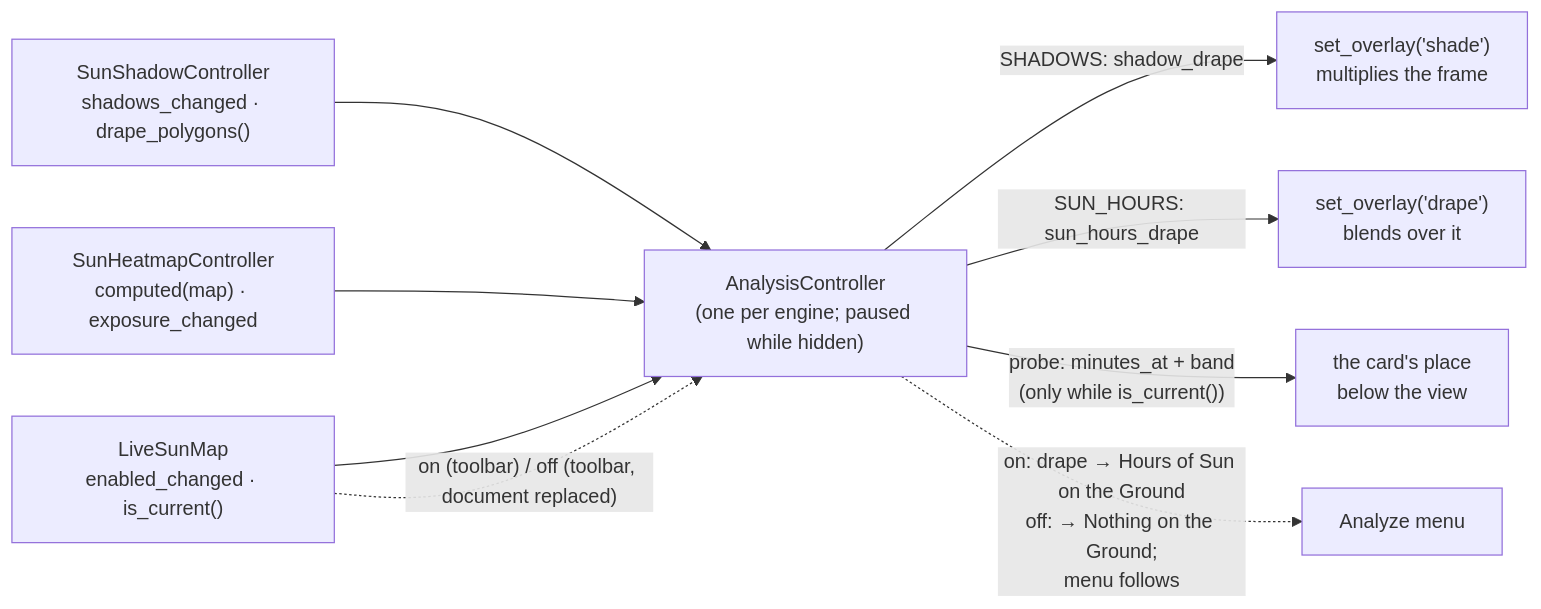
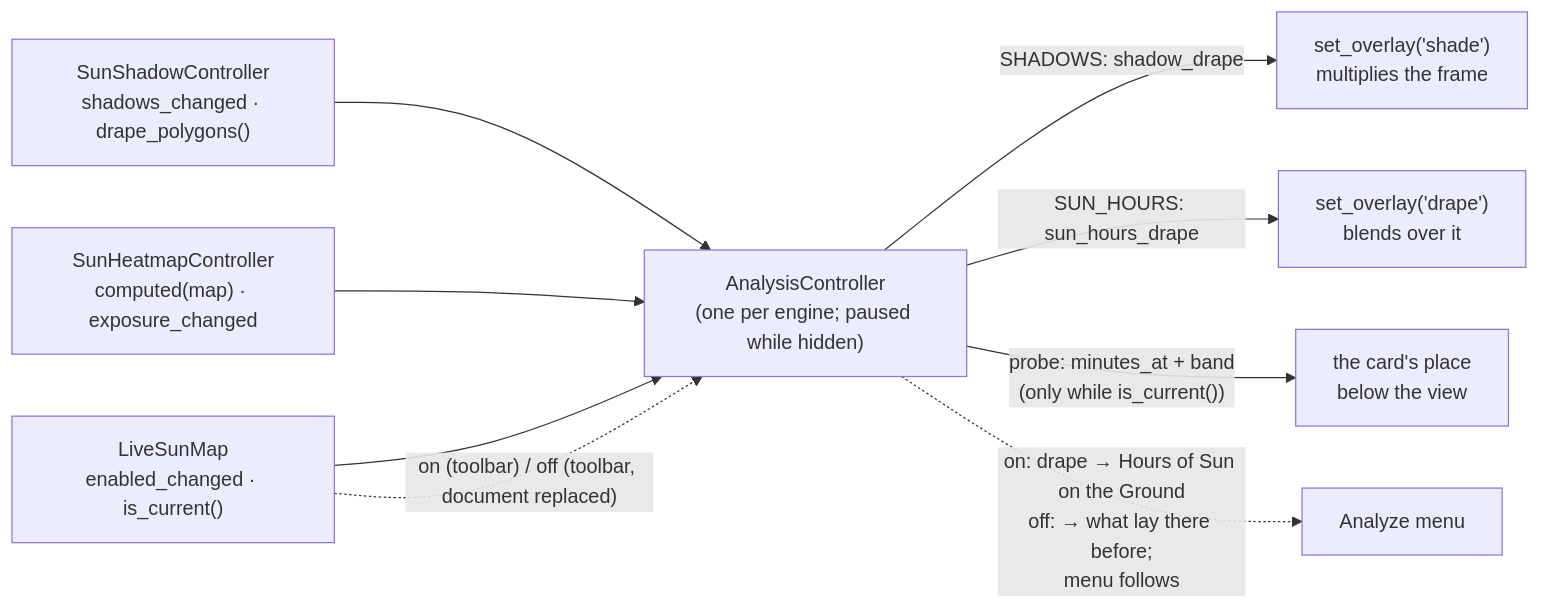
One commit to cofade/open-garden-planner changed diagram 21 of 25 in docs/06-runtime-view/README.md. Above: the diagram before and after it, drawn with Mermaid. The commit also changed other lines of this file and 31 other files, not shown here.

````diff
--- a/docs/06-runtime-view/README.md
+++ b/docs/06-runtime-view/README.md
@@ -564,12 +564,12 @@
 ```mermaid
 flowchart LR
     SC["SunShadowController<br/>shadows_changed · drape_polygons()"] --> AC
     HM["SunHeatmapController<br/>computed(map) · exposure_changed"] --> AC
     LS["LiveSunMap<br/>enabled_changed · is_current()"] --> AC
     AC["AnalysisController<br/>(one per engine; paused while hidden)"]
     AC -- "SHADOWS: shadow_drape" --> SH["set_overlay('shade')<br/>multiplies the frame"]
     AC -- "SUN_HOURS: sun_hours_drape" --> DR["set_overlay('drape')<br/>blends over it"]
     AC -- "probe: minutes_at + band<br/>(only while is_current())" --> CARD["the card's place<br/>below the view"]
     LS -. "on (toolbar) / off (toolbar, document replaced)" .-> AC
-    AC -. "on: drape → Hours of Sun on the Ground<br/>off: → Nothing on the Ground;<br/>menu follows" .-> MENU["Analyze menu"]
+    AC -. "on: drape → Hours of Sun on the Ground<br/>off: → what lay there before;<br/>menu follows" .-> MENU["Analyze menu"]
 ```
````
